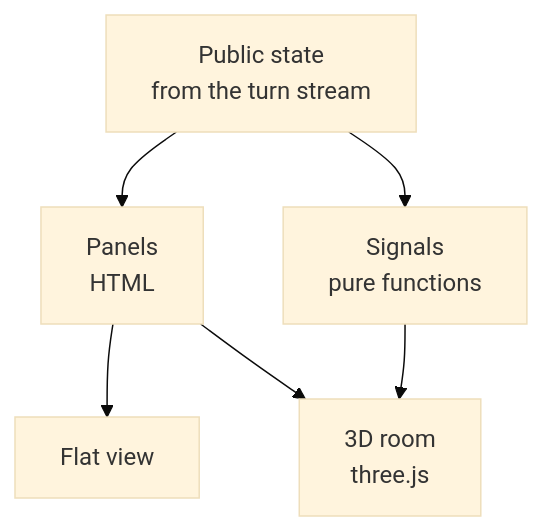
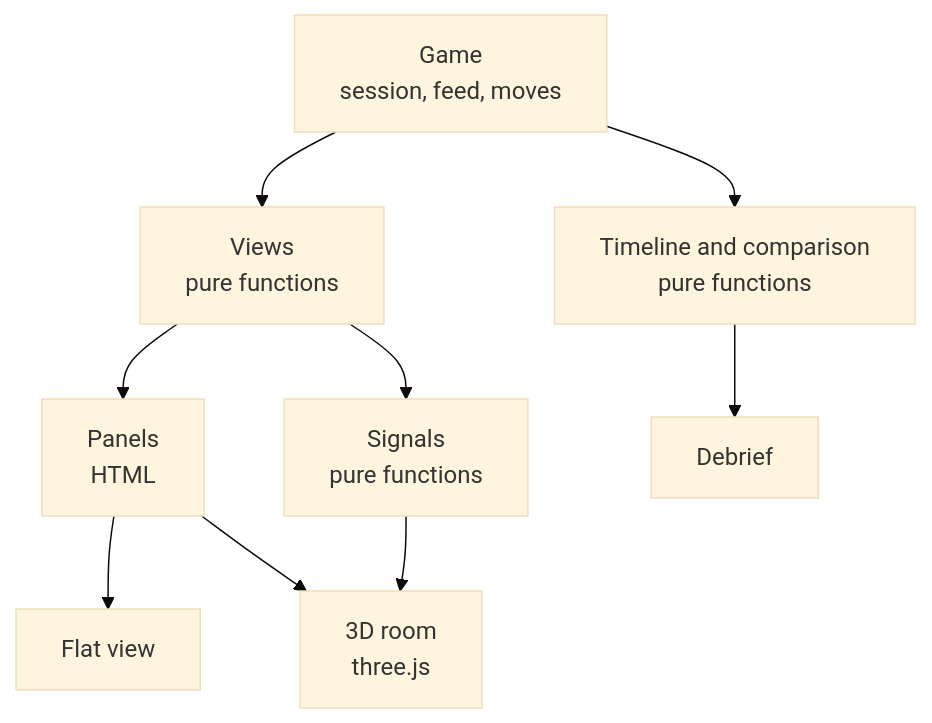
Before and after one commit to futuresfsake/BrownOut: the third of 3 diagrams in docs/03-design/high-level-design.md, drawn with Mermaid (base theme). The commit also changed other lines of this file and 61 other files, not shown here.

First line of the commit message:
feat: debrief timeline, saved sessions and replay for milestone M4

````diff
--- a/docs/03-design/high-level-design.md
+++ b/docs/03-design/high-level-design.md
@@ -126,8 +119,11 @@
 ```mermaid
 flowchart TD
-  PS[Public state<br/>from the turn stream] --> PAN[Panels<br/>HTML]
-  PS --> SIG[Signals<br/>pure functions]
+  G[Game<br/>session, feed, moves] --> V[Views<br/>pure functions]
+  V --> PAN[Panels<br/>HTML]
+  V --> SIG[Signals<br/>pure functions]
   SIG --> ROOM[3D room<br/>three.js]
   PAN --> FLAT[Flat view]
   PAN --> ROOM
+  G --> REV[Timeline and comparison<br/>pure functions]
+  REV --> DEB[Debrief]
 ```
````
